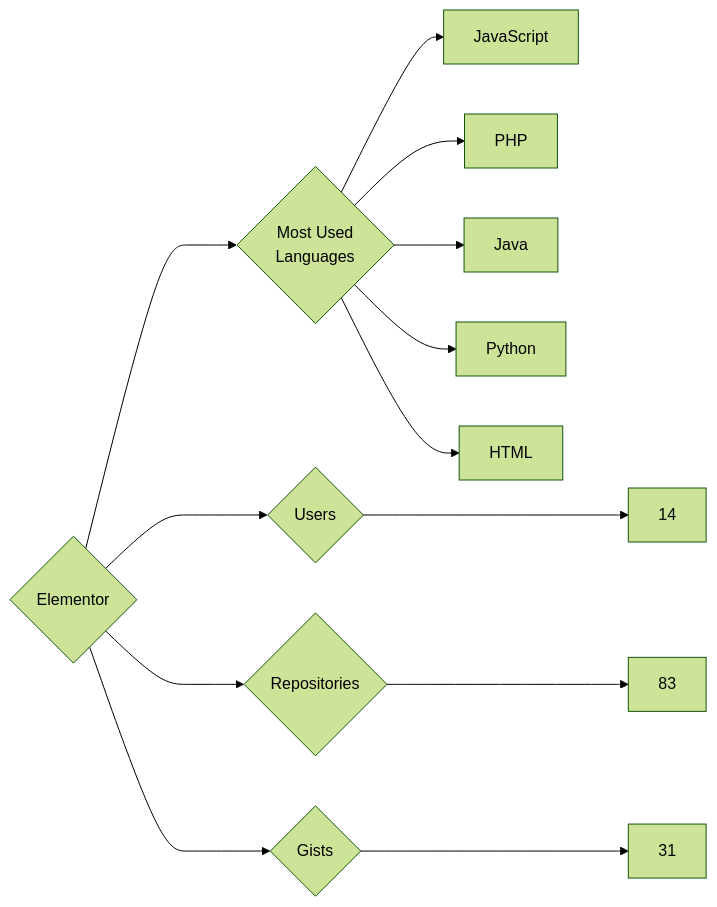
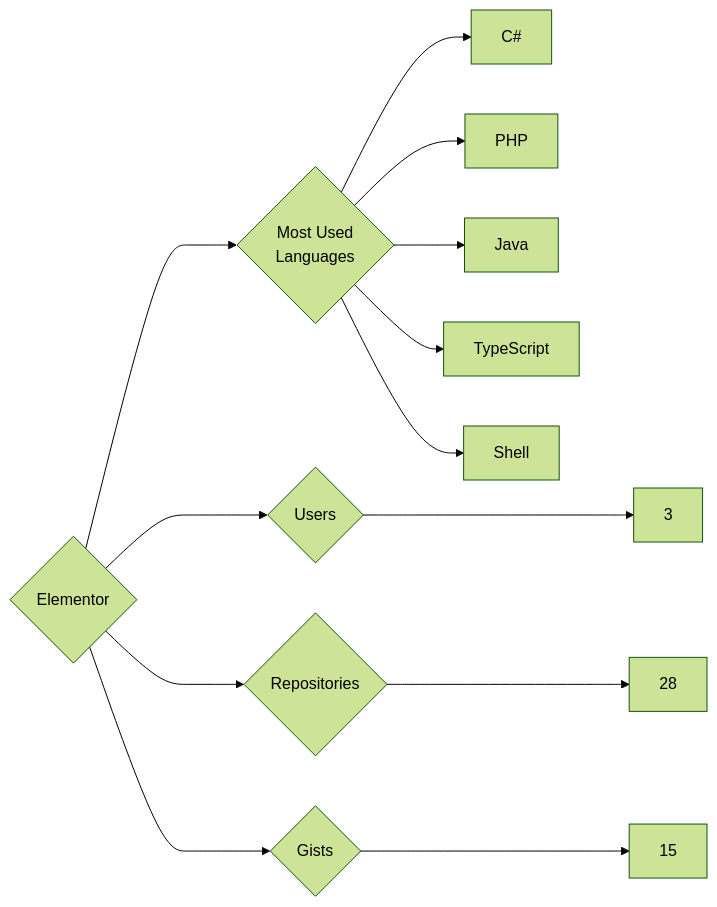
Before and after one commit to trickest/insiders: the diagram in targets/Elementor/README.md, drawn with Mermaid (forest theme). The commit also changed 927 other files, not shown here.

````diff
--- a/targets/Elementor/README.md
+++ b/targets/Elementor/README.md
@@ -3,13 +3,13 @@
 ```mermaid
 graph LR
 COMPANY_NAME{Elementor}
-COMPANY_NAME ---> U{Users} ---> UN[14]
-COMPANY_NAME ---> R{Repositories} ---> RN[83]
-COMPANY_NAME ---> G{Gists} ---> GN[31]
+COMPANY_NAME ---> U{Users} ---> UN[3]
+COMPANY_NAME ---> R{Repositories} ---> RN[28]
+COMPANY_NAME ---> G{Gists} ---> GN[15]
 COMPANY_NAME ---> ML{Most Used<br>Languages}
-ML --> JavaScript[JavaScript]
+ML --> C#[C#]
 ML --> PHP[PHP]
 ML --> Java[Java]
-ML --> Python[Python]
-ML --> HTML[HTML]
+ML --> TypeScript[TypeScript]
+ML --> Shell[Shell]
 ```
````
